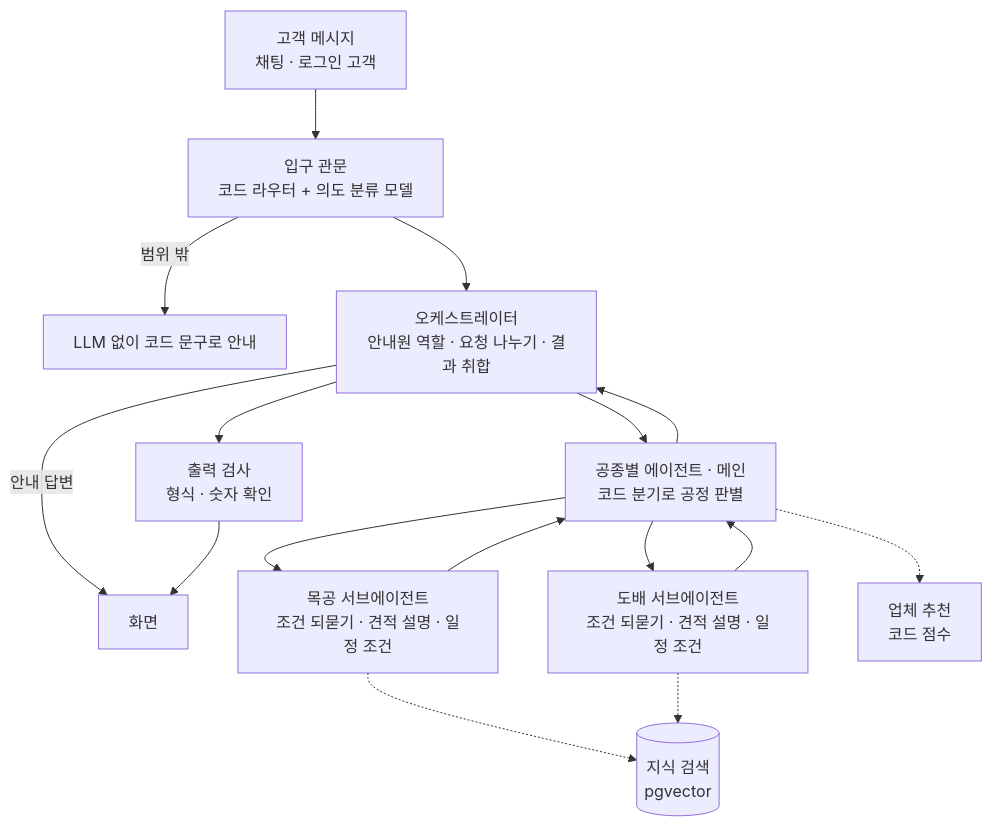
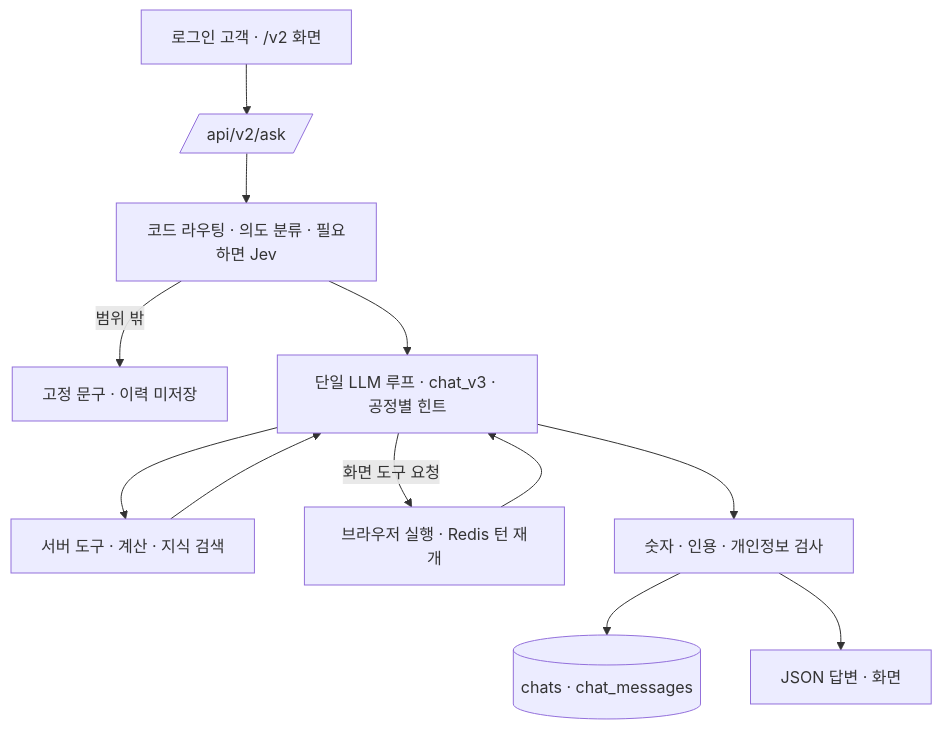
The second of 3 diagrams in README.md (HyeongJjun/SKN34-FINAL-1TEAM), drawn with Mermaid before and after one commit. The commit also changed other lines of this file and 26 other files, not shown here.

````diff
--- a/README.md
+++ b/README.md
@@ -193,18 +190,14 @@
 ```mermaid
 flowchart TB
-    U[고객 메시지<br/>채팅 · 로그인 고객] --> G[입구 관문<br/>코드 라우터 + 의도 분류 모델]
-    G -->|범위 밖| X[LLM 없이 코드 문구로 안내]
-    G --> O[오케스트레이터<br/>안내원 역할 · 요청 나누기 · 결과 취합]
-    O -->|안내 답변| OUT
-    O --> T[공종별 에이전트 · 메인<br/>코드 분기로 공정 판별]
-    T --> W[목공 서브에이전트<br/>조건 되묻기 · 견적 설명 · 일정 조건]
-    T --> P[도배 서브에이전트<br/>조건 되묻기 · 견적 설명 · 일정 조건]
-    W --> T
-    P --> T
-    T --> O
-    O --> V[출력 검사<br/>형식 · 숫자 확인]
-    V --> OUT[화면]
-    W -.-> K[(지식 검색<br/>pgvector)]
-    P -.-> K
-    T -.-> R[업체 추천<br/>코드 점수]
+    U[로그인 고객 · /v2 화면] --> API[/api/v2/ask/]
+    API --> G[코드 라우팅 · 의도 분류 · 필요하면 Jev]
+    G -->|범위 밖| X[고정 문구 · 이력 미저장]
+    G --> O[단일 LLM 루프 · chat_v3 · 공정별 힌트]
+    O --> K[서버 도구 · 계산 · 지식 검색]
+    K --> O
+    O -->|화면 도구 요청| C[브라우저 실행 · Redis 턴 재개]
+    C --> O
+    O --> V[숫자 · 인용 · 개인정보 검사]
+    V --> DB[(chats · chat_messages)]
+    V --> OUT[JSON 답변 · 화면]
 ```
````
